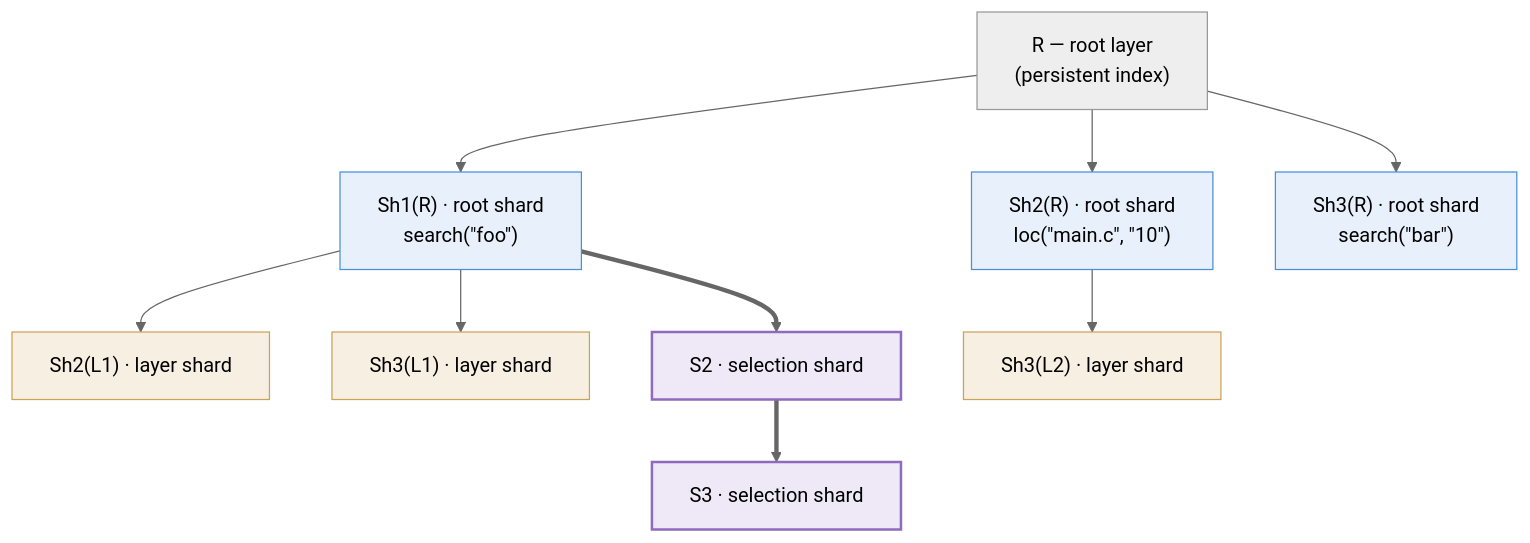
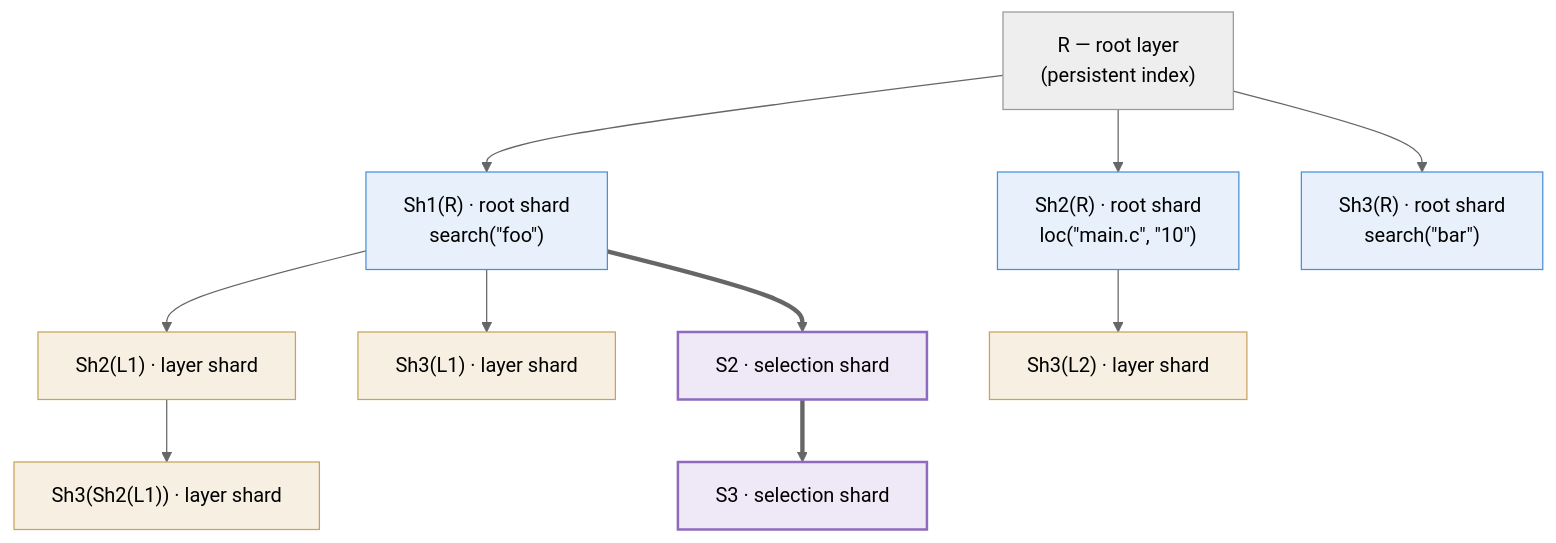
Before and after one commit to codevyr/codevyr.github.io: the diagram in content/docs/design/shards.md, drawn with Mermaid (neutral theme). The commit also changed other lines of this file, not shown here.

First line of the commit message:
docs: make the shard partition's axiom the one it uses

````diff
--- a/content/docs/design/shards.md
+++ b/content/docs/design/shards.md
@@ -412,28 +475,30 @@
 ```mermaid
 graph TD
     R["R — root layer<br/>(persistent index)"]
     Sh1R["Sh1(R) · root shard<br/>search(&quot;foo&quot;)"]
     Sh2R["Sh2(R) · root shard<br/>loc(&quot;main.c&quot;, &quot;10&quot;)"]
     Sh3R["Sh3(R) · root shard<br/>search(&quot;bar&quot;)"]
     Sh2L1["Sh2(L1) · layer shard"]
     Sh3L1["Sh3(L1) · layer shard"]
     Sh3L2["Sh3(L2) · layer shard"]
+    Sh3Sh2L1["Sh3(Sh2(L1)) · layer shard"]
     S2["S2 · selection shard"]
     S3["S3 · selection shard"]
 
     R --> Sh1R
     R --> Sh2R
     R --> Sh3R
     Sh1R --> Sh2L1
     Sh1R --> Sh3L1
     Sh2R --> Sh3L2
+    Sh2L1 --> Sh3Sh2L1
     Sh1R ==> S2
     S2 ==> S3
 
     classDef rootshard fill:#e8f1fb,stroke:#4a90d9;
     classDef layershard fill:#f6efe2,stroke:#c9a35a;
     classDef spine fill:#efe8f7,stroke:#8e6bbf,stroke-width:2px;
     class Sh1R,Sh2R,Sh3R rootshard;
-    class Sh2L1,Sh3L1,Sh3L2 layershard;
+    class Sh2L1,Sh3L1,Sh3L2,Sh3Sh2L1 layershard;
     class S2,S3 spine;
 ```
````
